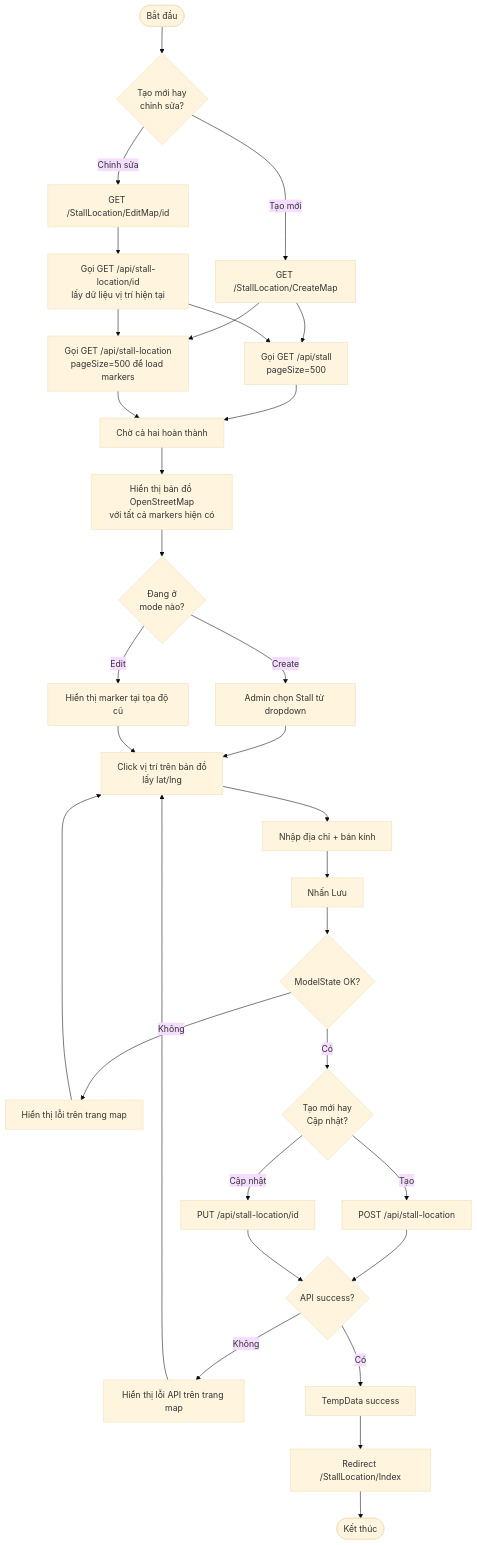
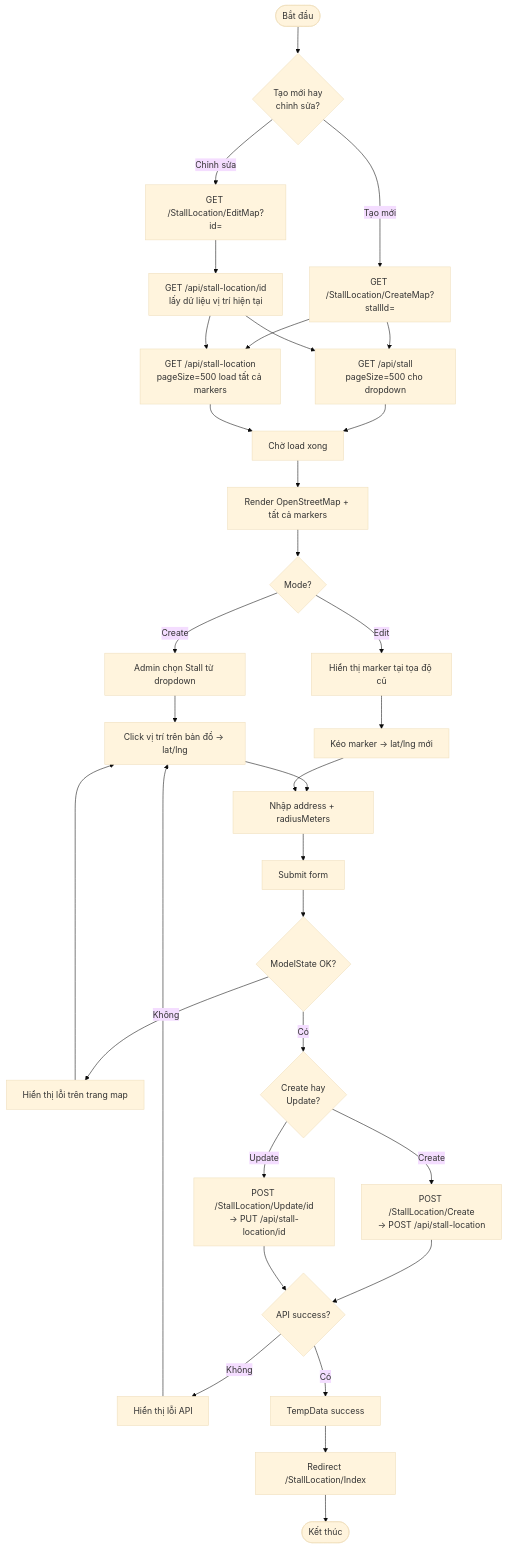
One commit to NguyenAlpha/LocateAndMultilingualNarration changed the sixth of 21 diagrams in Docs/Activity Diagrams – Web Admin.md. Above: the diagram before and after it, drawn with Mermaid (base theme). The commit also changed other lines of this file and 1 other file, not shown here.

Commit message:
Update Mobile API Endpoints Summary with detailed descriptions and JSON response examples for each endpoint

````diff
--- a/Docs/Activity Diagrams – Web Admin.md
+++ b/Docs/Activity Diagrams – Web Admin.md
@@ -195,43 +235,45 @@
 ```mermaid
 flowchart TD
     A([Bắt đầu]) --> B{Tạo mới hay\nchỉnh sửa?}
 
-    B -- Tạo mới --> C[GET /StallLocation/CreateMap]
-    B -- Chỉnh sửa --> D[GET /StallLocation/EditMap/id]
+    B -- Tạo mới --> C[GET /StallLocation/CreateMap?stallId=]
+    B -- Chỉnh sửa --> D[GET /StallLocation/EditMap?id=]
 
-    C --> E1[Gọi GET /api/stall\npageSize=500]
-    C --> E2[Gọi GET /api/stall-location\npageSize=500 để load markers]
-    D --> F[Gọi GET /api/stall-location/id\nlấy dữ liệu vị trí hiện tại]
+    C --> E1[GET /api/stall\npageSize=500 cho dropdown]
+    C --> E2[GET /api/stall-location\npageSize=500 load tất cả markers]
+
+    D --> F[GET /api/stall-location/id\nlấy dữ liệu vị trí hiện tại]
     F --> E1
     F --> E2
 
-    E1 --> G[Chờ cả hai hoàn thành]
+    E1 --> G[Chờ load xong]
     E2 --> G
-    G --> H[Hiển thị bản đồ OpenStreetMap\nvới tất cả markers hiện có]
+    G --> H[Render OpenStreetMap + tất cả markers]
 
-    H --> I{Đang ở\nmode nào?}
+    H --> I{Mode?}
     I -- Create --> J[Admin chọn Stall từ dropdown]
     I -- Edit --> K[Hiển thị marker tại tọa độ cũ]
 
-    J --> L[Click vị trí trên bản đồ\nlấy lat/lng]
-    K --> L
+    J --> L[Click vị trí trên bản đồ → lat/lng]
+    K --> M[Kéo marker → lat/lng mới]
 
-    L --> M[Nhập địa chỉ + bán kính]
-    M --> N[Nhấn Lưu]
-    N --> O{ModelState OK?}
-    O -- Không --> P[Hiển thị lỗi trên trang map]
-    P --> L
+    L --> N[Nhập address + radiusMeters]
+    M --> N
+    N --> O[Submit form]
+    O --> P{ModelState OK?}
+    P -- Không --> Q[Hiển thị lỗi trên trang map]
+    Q --> L
 
-    O -- Có --> Q{Tạo mới hay\nCập nhật?}
-    Q -- Tạo --> R[POST /api/stall-location]
-    Q -- Cập nhật --> S[PUT /api/stall-location/id]
+    P -- Có --> R{Create hay\nUpdate?}
+    R -- Create --> S[POST /StallLocation/Create\n→ POST /api/stall-location]
+    R -- Update --> T[POST /StallLocation/Update/id\n→ PUT /api/stall-location/id]
 
-    R --> T{API success?}
-    S --> T
+    S --> U{API success?}
+    T --> U
 
-    T -- Không --> U[Hiển thị lỗi API trên trang map]
-    U --> L
-    T -- Có --> V[TempData success]
-    V --> W[Redirect /StallLocation/Index]
-    W --> X([Kết thúc])
+    U -- Không --> V[Hiển thị lỗi API]
+    V --> L
+    U -- Có --> W[TempData success]
+    W --> X[Redirect /StallLocation/Index]
+    X --> Y([Kết thúc])
 ```
````
